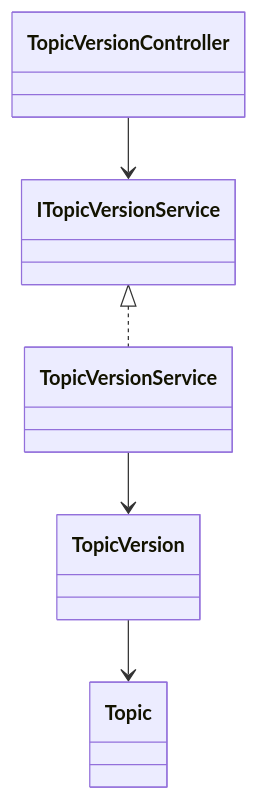
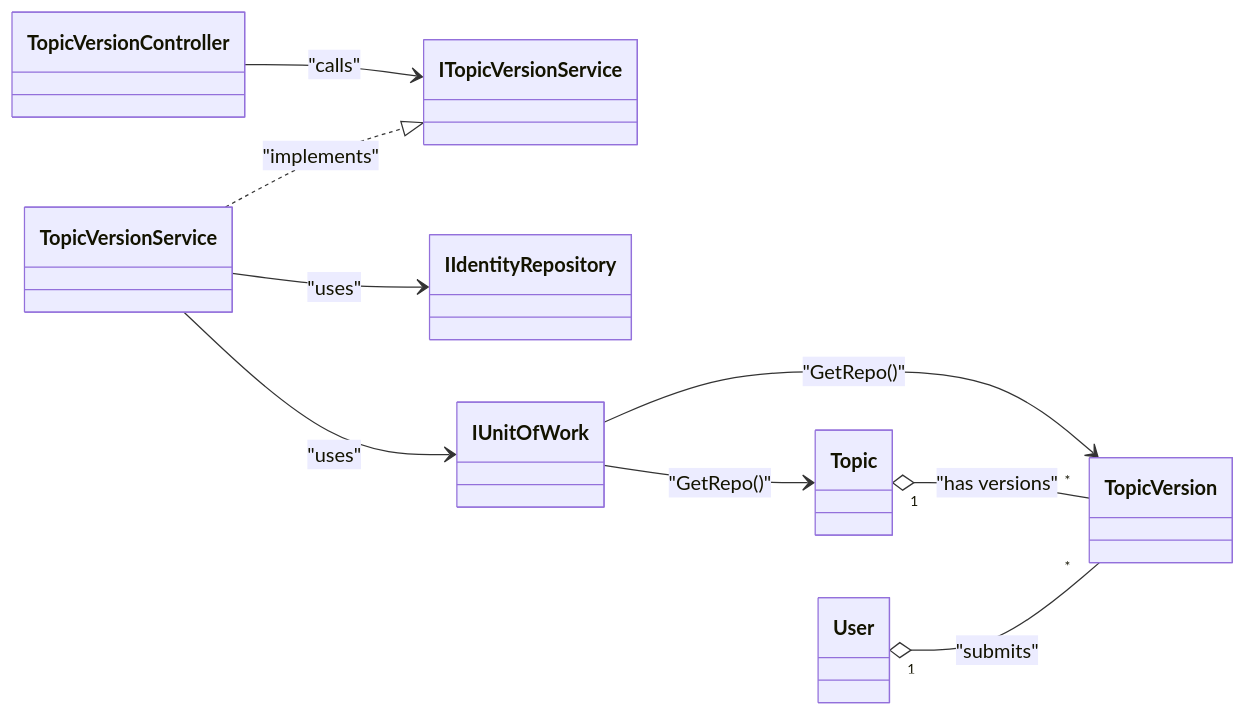
One commit to CapBotAI/CBAI_API changed the diagram in Diagram/05_TopicVersion/class.mermaid. Above: the diagram before and after it, drawn with Mermaid. The commit also changed 10 other files, not shown here.

Commit message:
Refactor diagrams for TopicVersion, Submission, ReviewerSuggestion, ReviewerAssignment, and Review modules

```diff
--- a/Diagram/05_TopicVersion/class.mermaid
+++ b/Diagram/05_TopicVersion/class.mermaid
@@ -1,11 +1,30 @@
 classDiagram
+    direction LR
+
+    %% Controller layer
     class TopicVersionController
+
+    %% Service interface and implementation
     class ITopicVersionService
     class TopicVersionService
+    TopicVersionController --> ITopicVersionService : "calls"
+    TopicVersionService ..|> ITopicVersionService : "implements"
+
+    %% Dependencies
+    class IIdentityRepository
+    class IUnitOfWork
+    TopicVersionService --> IIdentityRepository : "uses"
+    TopicVersionService --> IUnitOfWork : "uses"
+
+    %% Entities
+    class Topic
     class TopicVersion
-    class Topic
+    class User
 
-    TopicVersionController --> ITopicVersionService
-    ITopicVersionService <|.. TopicVersionService
-    TopicVersionService --> TopicVersion
-    TopicVersion --> Topic
+    %% IUnitOfWork provides access to entity repositories
+    IUnitOfWork --> Topic : "GetRepo<Topic>()"
+    IUnitOfWork --> TopicVersion : "GetRepo<TopicVersion>()"
+
+    %% Entity relationships
+    Topic "1" o-- "*" TopicVersion : "has versions"
+    User "1" o-- "*" TopicVersion : "submits"
```
